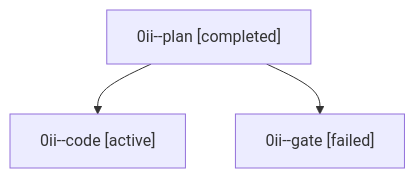
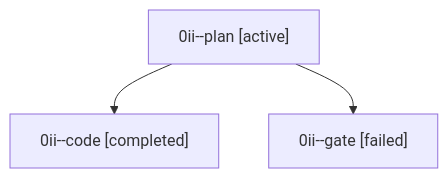
Before and after one commit to sase-org/sase--agents: the diagram in families/bbugyi200.athena.0ii.md, drawn with Mermaid. The commit also changed other lines of this file and 35830 other files, not shown here.

````diff
--- a/families/bbugyi200.athena.0ii.md
+++ b/families/bbugyi200.athena.0ii.md
@@ -9,8 +9,8 @@
 ```mermaid
 flowchart TD
-  n0["0ii--plan [completed]"]
-  n1["0ii--code [active]"]
+  n0["0ii--plan [active]"]
+  n1["0ii--code [completed]"]
   n0 --> n1
   n2["0ii--gate [failed]"]
   n0 --> n2
 ```
````
